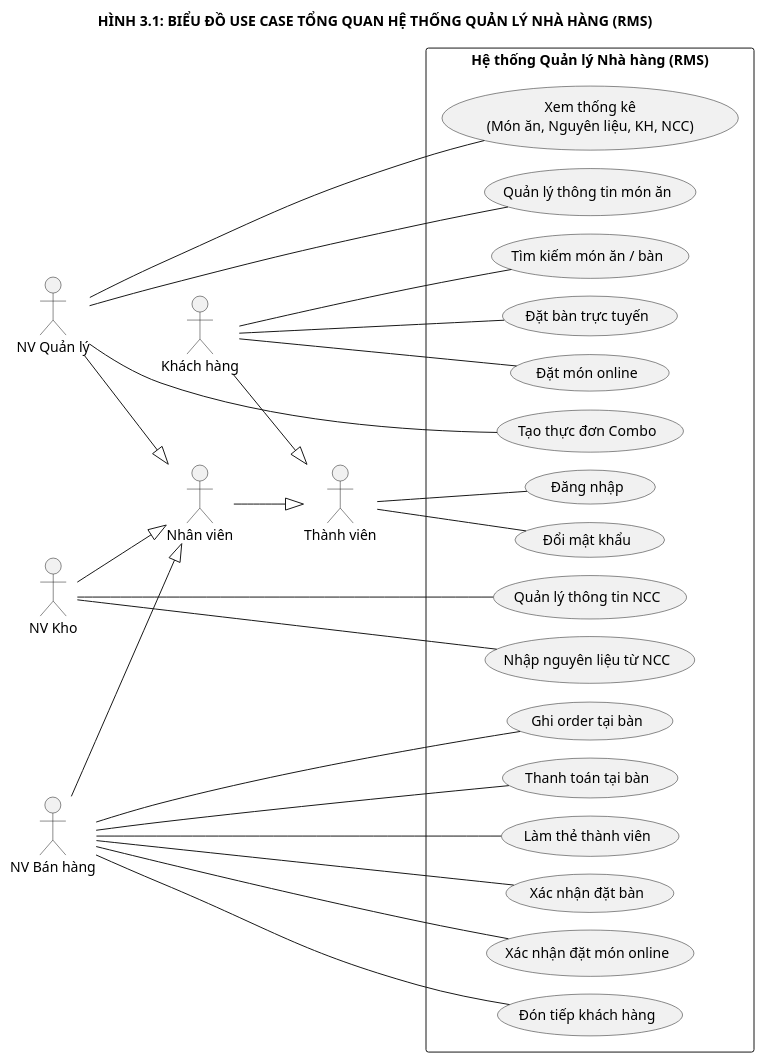
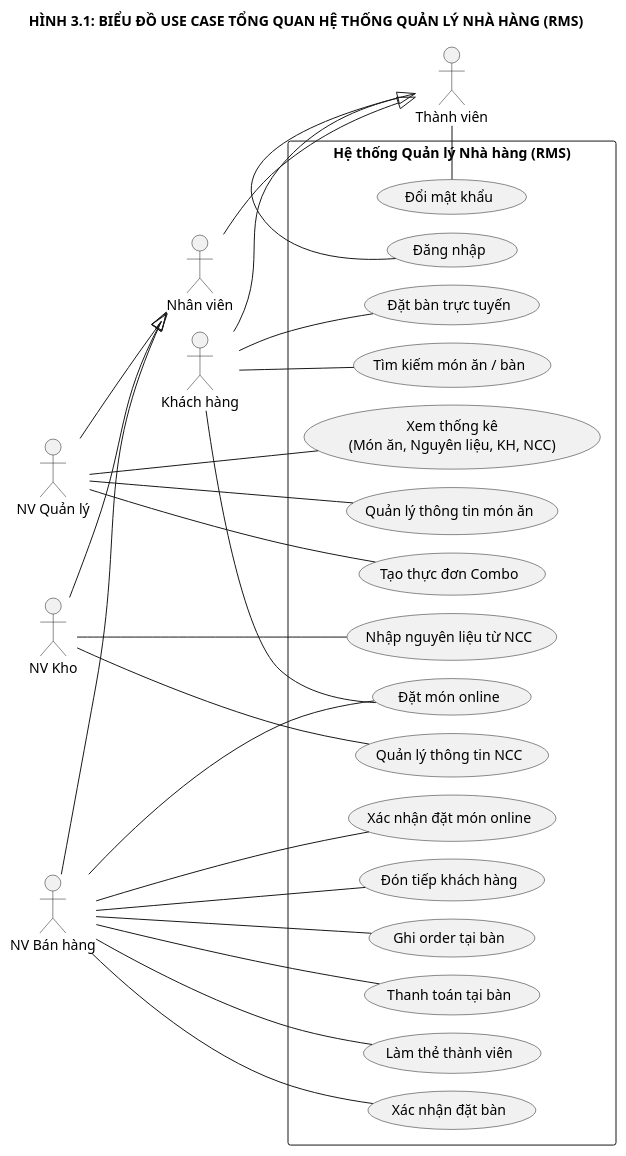
Before and after one commit to NEWBIE1005/RMS_RestaurantManagementSystem: the diagram in docs/plantuml/dac_ta/Spec_01_UseCase_TongQuan.puml, drawn with PlantUML. The commit also changed 30 other files, not shown here.

Commit message:
Align Module 2 across Spec/Analysis/Design/UI/Report with Sale Staff as primary operator and Customer as external info provider

```diff
--- a/docs/plantuml/dac_ta/Spec_01_UseCase_TongQuan.puml
+++ b/docs/plantuml/dac_ta/Spec_01_UseCase_TongQuan.puml
@@ -1,68 +1,69 @@
 @startuml Spec_01_UseCase_TongQuan
 left to right direction
 skinparam packageStyle rectangle
 skinparam monochrome true
 skinparam shadowing false
 skinparam nodesep 18
 skinparam ranksep 65
 
 title HÌNH 3.1: BIỂU ĐỒ USE CASE TỔNG QUAN HỆ THỐNG QUẢN LÝ NHÀ HÀNG (RMS)
 
 actor "Thành viên" as Member
 actor "Nhân viên" as Staff
 actor "NV Quản lý" as Manager
 actor "NV Kho" as Warehouse
 actor "NV Bán hàng" as Sale
 actor "Khách hàng" as Customer
 
 Staff --|> Member
 Customer --|> Member
 Manager --|> Staff
 Warehouse --|> Staff
 Sale --|> Staff
 
 rectangle "Hệ thống Quản lý Nhà hàng (RMS)" {
     usecase "Xem thống kê\n(Món ăn, Nguyên liệu, KH, NCC)" as UC_ViewStats
     usecase "Quản lý thông tin món ăn" as UC_ManageDish
     usecase "Tạo thực đơn Combo" as UC_MakeCombo
 
     usecase "Quản lý thông tin NCC" as UC_ManageSup
     usecase "Nhập nguyên liệu từ NCC" as UC_ImportMat
 
     usecase "Đăng nhập" as UC_Login
     usecase "Đổi mật khẩu" as UC_ChangePwd
 
     usecase "Đón tiếp khách hàng" as UC_ReceiveCust
     usecase "Ghi order tại bàn" as UC_TakeOrder
     usecase "Thanh toán tại bàn" as UC_PayAtTable
     usecase "Làm thẻ thành viên" as UC_MakeCard
     usecase "Xác nhận đặt bàn" as UC_ConfirmRes
     usecase "Xác nhận đặt món online" as UC_ConfirmOrd
 
     usecase "Tìm kiếm món ăn / bàn" as UC_Search
     usecase "Đặt bàn trực tuyến" as UC_BookTable
     usecase "Đặt món online" as UC_OrderOnline
 }
 
 Member -- UC_Login
 Member -- UC_ChangePwd
 
 Manager -- UC_ViewStats
 Manager -- UC_ManageDish
 Manager -- UC_MakeCombo
 
 Warehouse -- UC_ManageSup
 Warehouse -- UC_ImportMat
 
 Sale -- UC_ReceiveCust
 Sale -- UC_TakeOrder
 Sale -- UC_PayAtTable
 Sale -- UC_MakeCard
 Sale -- UC_ConfirmRes
 Sale -- UC_ConfirmOrd
+Sale -- UC_OrderOnline
 
 Customer -- UC_Search
 Customer -- UC_BookTable
-Customer -- UC_OrderOnline
+UC_OrderOnline -- Customer
 
 @enduml
```
